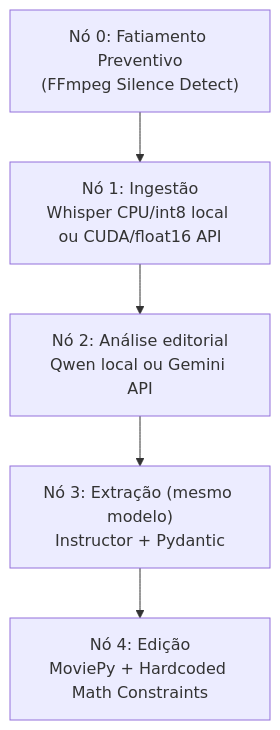
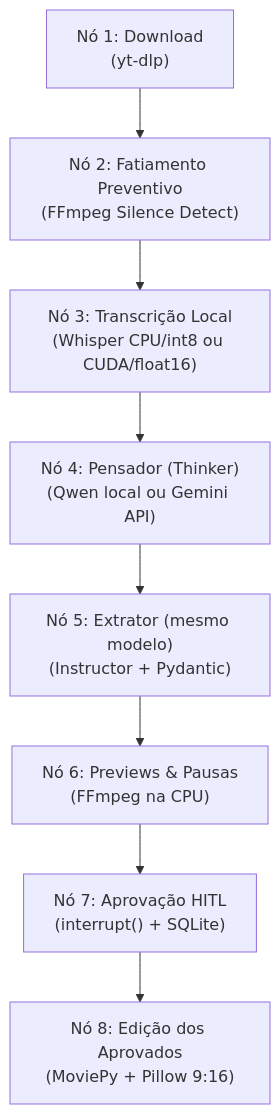
One commit to SegantinDavi/agent-clipper changed the diagram in AGENTS.md. Above: the diagram before and after it, drawn with Mermaid. The commit also changed other lines of this file and 3 other files, not shown here.

First line of the commit message:
docs: sync architecture guidelines, README, and dockerfile with feature 010

````diff
--- a/AGENTS.md
+++ b/AGENTS.md
@@ -115,9 +121,11 @@
 ```mermaid
 graph TD
-    Z["Nó 0: Fatiamento Preventivo<br>(FFmpeg Silence Detect)"] --> A
-    A["Nó 1: Ingestão<br>Whisper CPU/int8 local ou CUDA/float16 API"] --> B
-    B["Nó 2: Análise editorial<br>Qwen local ou Gemini API"] --> C
-    C["Nó 3: Extração (mesmo modelo)<br>Instructor + Pydantic"] --> D
-    D["Nó 4: Edição<br>MoviePy + Hardcoded Math Constraints"]
+    Z["Nó 1: Download<br>(yt-dlp)"] --> A["Nó 2: Fatiamento Preventivo<br>(FFmpeg Silence Detect)"]
+    A --> B["Nó 3: Transcrição Local<br>(Whisper CPU/int8 ou CUDA/float16)"]
+    B --> C["Nó 4: Pensador (Thinker)<br>(Qwen local ou Gemini API)"]
+    C --> D["Nó 5: Extrator (mesmo modelo)<br>(Instructor + Pydantic)"]
+    D --> E["Nó 6: Previews & Pausas<br>(FFmpeg na CPU)"]
+    E --> F["Nó 7: Aprovação HITL<br>(interrupt() + SQLite)"]
+    F --> G["Nó 8: Edição dos Aprovados<br>(MoviePy + Pillow 9:16)"]
 
 ```
````
